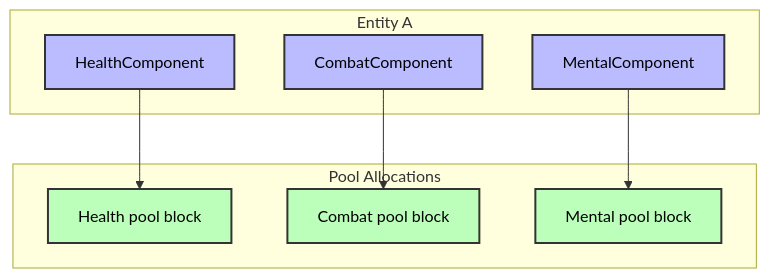
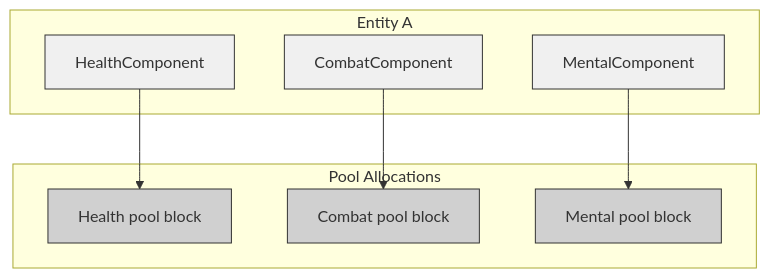
Before and after one commit to jukofyork/close-combat-architecture-study: the eighth of 8 diagrams in appendix_b_unit_attribute_systems.md, drawn with Mermaid. The commit also changed other lines of this file and 15 other files, not shown here.

````diff
--- a/appendix_b_unit_attribute_systems.md
+++ b/appendix_b_unit_attribute_systems.md
@@ -1774,22 +1774,22 @@
 ```mermaid
 flowchart TB
     subgraph EntityA["Entity A"]
         H["HealthComponent"]
         C["CombatComponent"]
         M["MentalComponent"]
     end
     subgraph Pool["Pool Allocations"]
         P1["Health pool block"]
         P2["Combat pool block"]
         P3["Mental pool block"]
     end
     H --> P1
     C --> P2
     M --> P3
 
-    classDef default fill:#f9f,stroke:#333,stroke-width:2px,color:#000
-    classDef entity fill:#bbf,stroke:#333,stroke-width:2px,color:#000
-    classDef pool fill:#bfb,stroke:#333,stroke-width:2px,color:#000
-    class H,C,M entity
-    class P1,P2,P3 pool
+    classDef default fill:#fff,stroke:#000,stroke-width:1px
+    classDef light fill:#f0f0f0,stroke:#333,stroke-width:1px
+    classDef medium fill:#d0d0d0,stroke:#333,stroke-width:1px
+    class H,C,M light
+    class P1,P2,P3 medium
 ```
````
